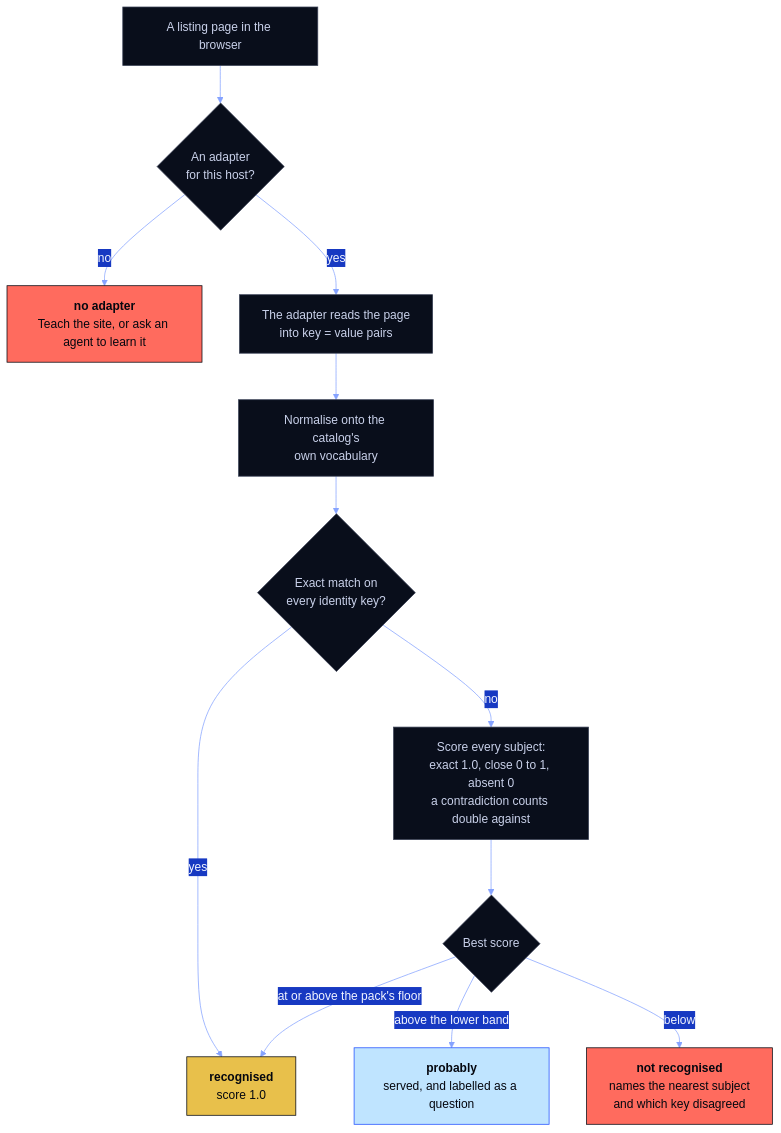
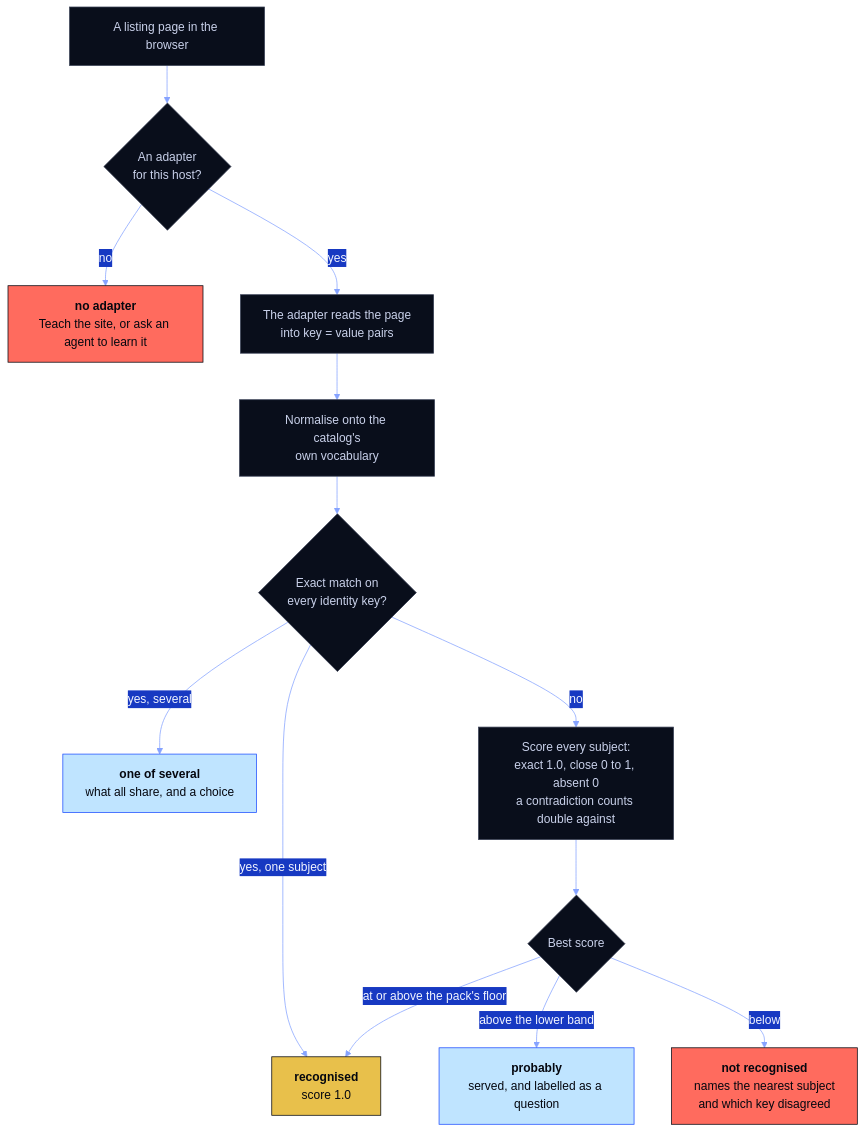
The first of 3 diagrams in docs/HOW_IT_WORKS.md (Berbadov/kriko), drawn with Mermaid before and after one commit. The commit also changed other lines of this file and 9 other files, not shown here.

````diff
--- a/docs/HOW_IT_WORKS.md
+++ b/docs/HOW_IT_WORKS.md
@@ -10,25 +14,26 @@
 ```mermaid
 %%{init: {"theme":"base","themeVariables":{"fontFamily":"ui-monospace, SFMono-Regular, Consolas, monospace","primaryColor":"#090E1B","primaryTextColor":"#F2F5FF","primaryBorderColor":"#1F4FFF","lineColor":"#86A3FF","secondaryColor":"#1739C2","tertiaryColor":"#080B16","noteBkgColor":"#BFE4FF","noteTextColor":"#05070F","actorBkg":"#090E1B","actorTextColor":"#F2F5FF","actorBorder":"#1F4FFF","signalColor":"#86A3FF","signalTextColor":"#86A3FF"}}}%%
 flowchart TD
     A["A listing page in the browser"] --> B{"An adapter<br/>for this host?"}
     B -- no --> B1["<b>no adapter</b><br/>Teach the site, or ask an agent to learn it"]
     B -- yes --> C["The adapter reads the page<br/>into key = value pairs"]
     C --> D["Normalise onto the catalog's<br/>own vocabulary"]
     D --> E{"Exact match on<br/>every identity key?"}
-    E -- yes --> F["<b>recognised</b><br/>score 1.0"]
+    E -- "yes, one subject" --> F["<b>recognised</b><br/>score 1.0"]
+    E -- "yes, several" --> K["<b>one of several</b><br/>what all share, and a choice"]
     E -- no --> G["Score every subject:<br/>exact 1.0, close 0 to 1, absent 0<br/>a contradiction counts double against"]
     G --> H{"Best score"}
     H -- "at or above the pack's floor" --> F
     H -- "above the lower band" --> I["<b>probably</b><br/>served, and labelled as a question"]
     H -- below --> J["<b>not recognised</b><br/>names the nearest subject<br/>and which key disagreed"]
 
     classDef brand  fill:#1F4FFF,stroke:#86A3FF,color:#F2F5FF
     classDef plain  fill:#090E1B,stroke:#3A4156,color:#C9D1EA
     classDef ice    fill:#BFE4FF,stroke:#1F4FFF,color:#05070F
     classDef danger fill:#FF6B5E,stroke:#05070F,color:#05070F
     classDef mark   fill:#E8C04B,stroke:#05070F,color:#05070F
     class A,B,C,D,E,G,H plain
     class F mark
-    class I ice
+    class I,K ice
     class B1,J danger
 ```
````
